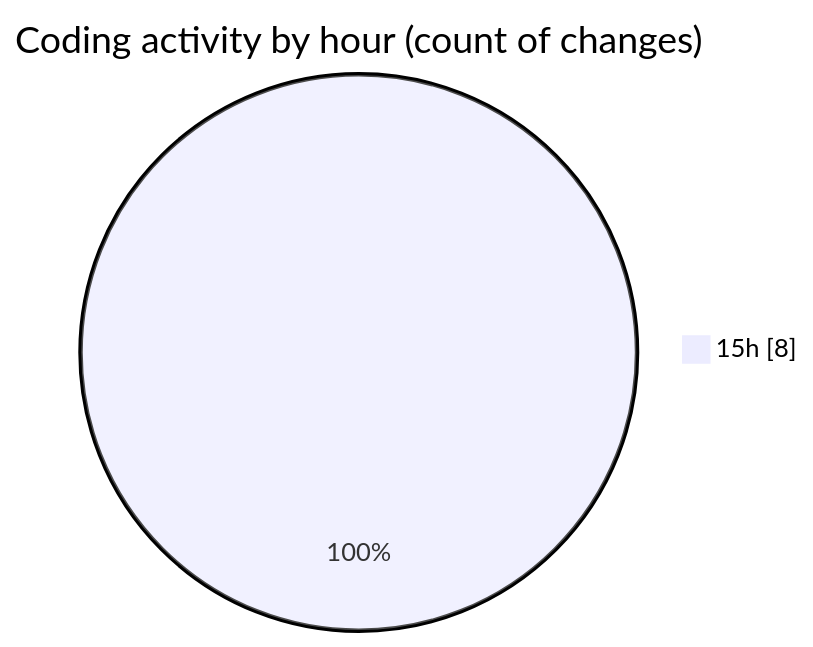
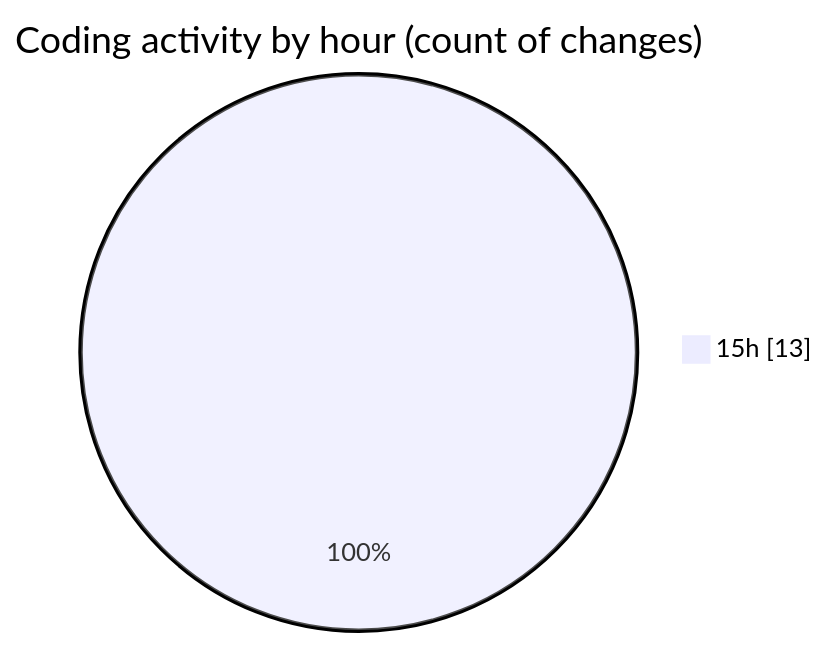
Before and after one commit to donsfak/code-tracking: the second of 2 diagrams in 2025-02-16/uber_clone_v1/README.md, drawn with Mermaid. The commit also changed other lines of this file and 1 other file, not shown here.

````diff
--- a/2025-02-16/uber_clone_v1/README.md
+++ b/2025-02-16/uber_clone_v1/README.md
@@ -28,5 +32,5 @@
 ```mermaid
 pie showData
 title Coding activity by hour (count of changes)
-"15h" : 8
+"15h" : 13
 ```
````
